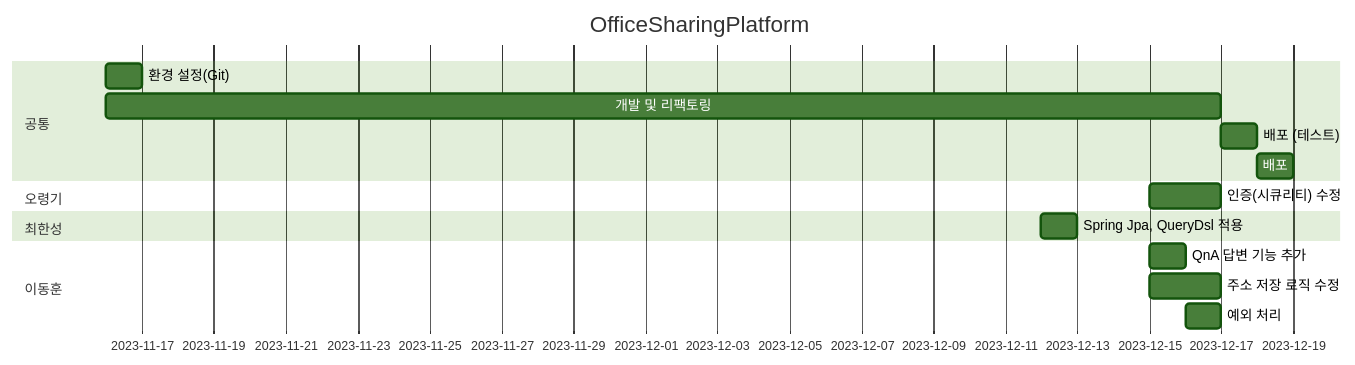
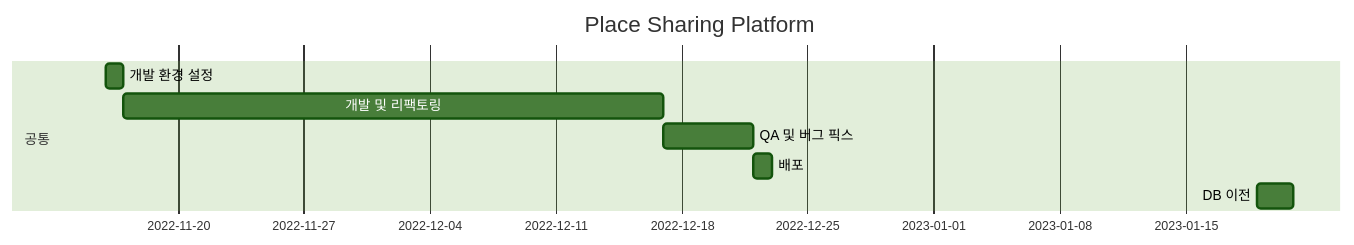
One commit to Hell-O-Demon-World/AdminPage changed the diagram in README.md. Above: the diagram before and after it, drawn with Mermaid (forest theme). The commit also changed other lines of this file, not shown here.

````diff
--- a/README.md
+++ b/README.md
@@ -11,23 +81,12 @@
-```mermaid
-gantt
-dateFormat MM-DD
-title OfficeSharingPlatform
-
-    section 공통
-    환경 설정(Git)             :chap1, 11-16, 1d
-    개발 및 리팩토링             :chap2, 11-16, 12-17
-    배포 (테스트)               :chap3, 12-17, 12-18
-    배포                      :chap4, 12-18, 12-19
-
-    section 오령기
-    인증(시큐리티) 수정  :chap1, 12-15, 2d
-
-    section 최한성
-    Spring Jpa, QueryDsl 적용  :chap1, 12-12, 1d
-
-    section 이동훈
-    QnA 답변 기능 추가       :chap1, 12-15, 1d
-    주소 저장 로직 수정       :chap2, 12-15, 2d
-    예외 처리               :chap3, 12-16, 1d
-
+```mermaid  
+gantt  
+	dateFormat YYYY-MM-DD  
+	title Place Sharing Platform  
+  
+    section 공통  
+    개발 환경 설정 :chap1, 2022-11-16, 1d  
+    개발 및 리팩토링 :chap2, 2022-11-17, 2022-12-17
+	QA 및 버그 픽스: chap3, 2022-12-17, 2022-12-22
+	배포: chap4, 2022-12-22, 2022-12-23
+	DB 이전 : chap5, 2023-01-19, 2023-01-21
 ```
````
